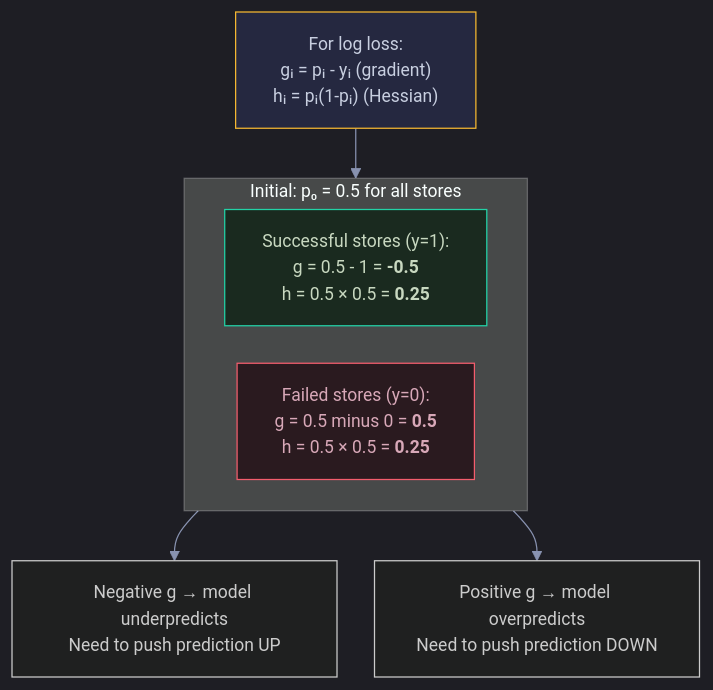
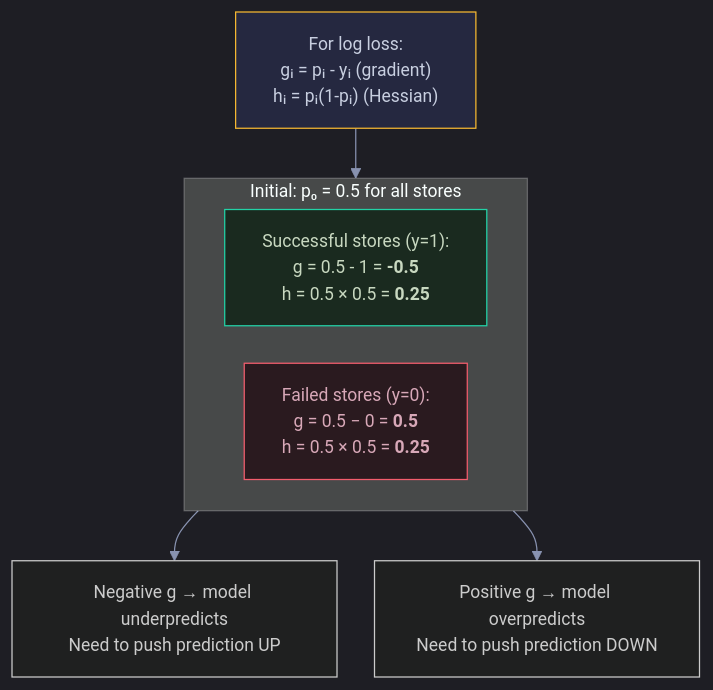
One commit to snehith1234/StudyCircle changed the fourth of 11 diagrams in Documents/Visual_Guides/ML_Concepts/XGBoost_Visual.md. Above: the diagram before and after it, drawn with Mermaid. The commit also changed other lines of this file and 7 other files, not shown here.

Commit message:
Fix minus/neg in Mermaid: use proper − symbol instead of words

````diff
--- a/Documents/Visual_Guides/ML_Concepts/XGBoost_Visual.md
+++ b/Documents/Visual_Guides/ML_Concepts/XGBoost_Visual.md
@@ -82,18 +82,18 @@
 ```mermaid
 %%{init: {'theme': 'dark', 'themeVariables': {'darkMode': true, 'background': '#0e1117', 'primaryColor': '#1a1d2e', 'primaryTextColor': '#e2e8f0', 'primaryBorderColor': '#2d3148', 'lineColor': '#8892b0', 'secondaryColor': '#252840', 'tertiaryColor': '#1a1d2e', 'fontSize': '14px', 'edgeLabelBackground': '#0e1117'}, 'flowchart': {'nodeSpacing': 30, 'rankSpacing': 40, 'padding': 15, 'htmlLabels': true}}}%%
 graph TD
     FORMULAS["For log loss:<br/>gᵢ = pᵢ - yᵢ (gradient)<br/>hᵢ = pᵢ(1-pᵢ) (Hessian)"] --> COMPUTE
 
     subgraph COMPUTE["Initial: p₀ = 0.5 for all stores"]
         direction LR
         SUCCESS["Successful stores (y=1):<br/>g = 0.5 - 1 = <b>-0.5</b><br/>h = 0.5 × 0.5 = <b>0.25</b>"]
-        FAILURE["Failed stores (y=0):<br/>g = 0.5 minus 0 = <b>0.5</b><br/>h = 0.5 × 0.5 = <b>0.25</b>"]
+        FAILURE["Failed stores (y=0):<br/>g = 0.5 − 0 = <b>0.5</b><br/>h = 0.5 × 0.5 = <b>0.25</b>"]
     end
 
     SUCCESS --> MEANING1["Negative g → model underpredicts<br/>Need to push prediction UP"]
     FAILURE --> MEANING2["Positive g → model overpredicts<br/>Need to push prediction DOWN"]
 
     style FORMULAS fill:#252840,stroke:#f5b731,color:#c8cfe0
     style SUCCESS fill:#1a2a1f,stroke:#22d3a7,color:#c8d8c0
     style FAILURE fill:#2a1a1f,stroke:#f45d6d,color:#d8a8b8
 ```
````
